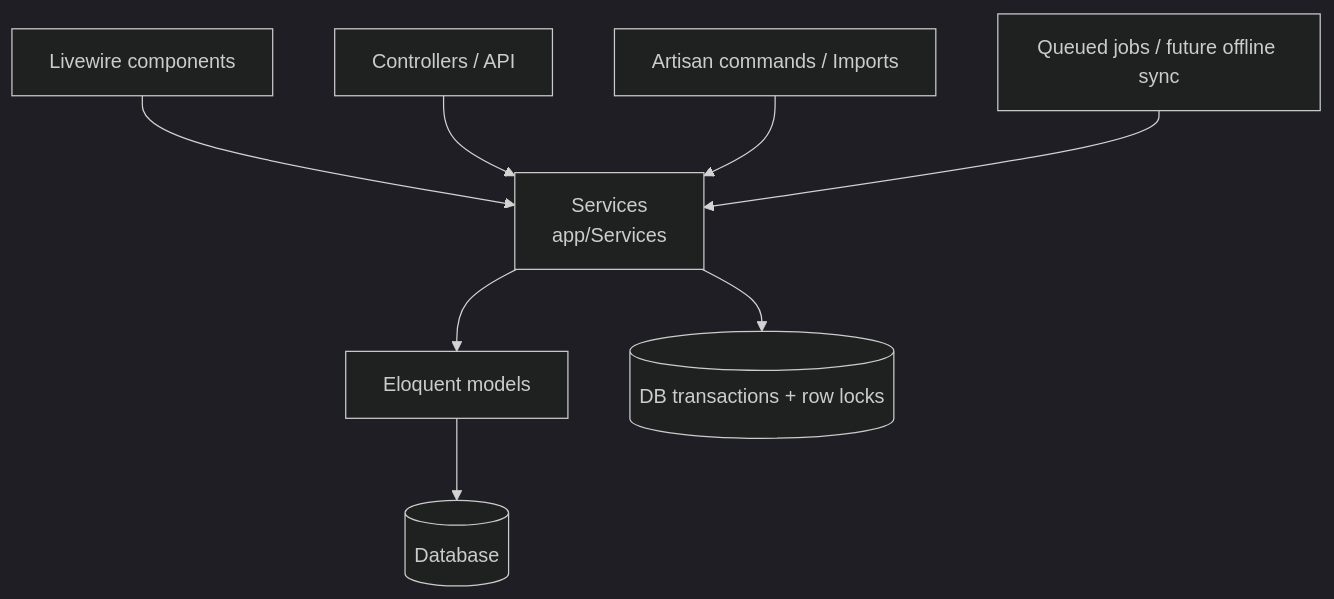
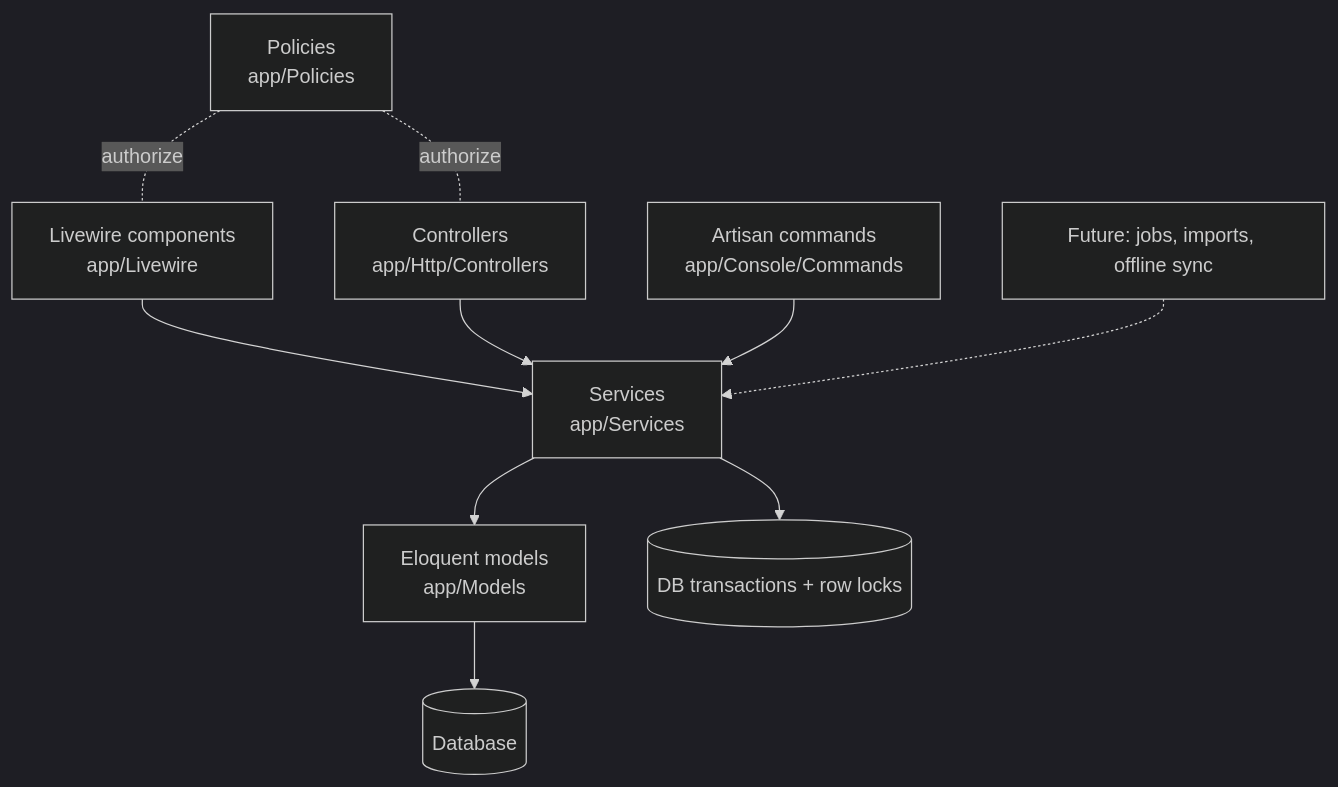
One commit to Wuninsu/litemall changed the diagram in docs/ARCHITECTURE.md. Above: the diagram before and after it, drawn with Mermaid (dark theme). The commit also changed other lines of this file and 70 other files, not shown here.

````diff
--- a/docs/ARCHITECTURE.md
+++ b/docs/ARCHITECTURE.md
@@ -14,10 +7,12 @@
 ```mermaid
 flowchart TD
-    UI[Livewire components] --> S[Services<br/>app/Services]
-    HTTP[Controllers / API] --> S
-    CLI[Artisan commands / Imports] --> S
-    JOB[Queued jobs / future offline sync] --> S
-    S --> M[Eloquent models]
+    UI[Livewire components<br/>app/Livewire] --> S[Services<br/>app/Services]
+    HTTP[Controllers<br/>app/Http/Controllers] --> S
+    CLI[Artisan commands<br/>app/Console/Commands] --> S
+    JOB[Future: jobs, imports, offline sync] -.-> S
+    S --> M[Eloquent models<br/>app/Models]
     S --> TX[(DB transactions + row locks)]
     M --> DB[(Database)]
+    P[Policies<br/>app/Policies] -. authorize .- UI
+    P -. authorize .- HTTP
 ```
````
